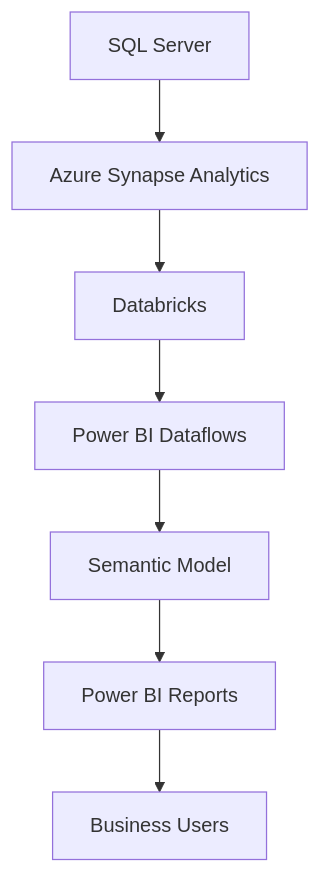
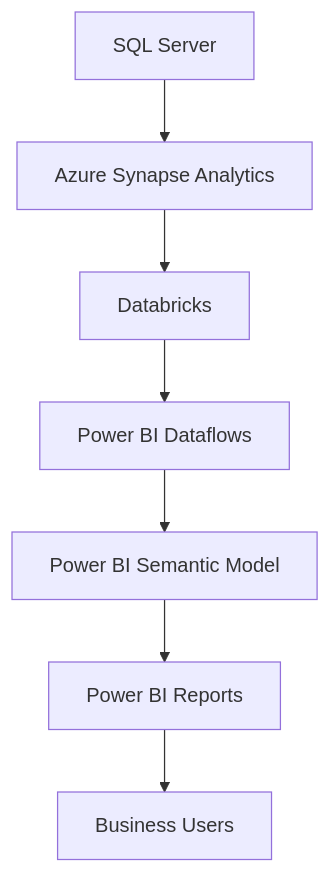
One commit to thienclaa/congenial-octo-projects changed the diagram in Enterprise/Sales Analytics Platform/README.md. Above: the diagram before and after it, drawn with Mermaid. The commit also changed other lines of this file, not shown here.

````diff
--- a/Enterprise/Sales Analytics Platform/README.md
+++ b/Enterprise/Sales Analytics Platform/README.md
@@ -50,9 +41,9 @@
 ```mermaid
 flowchart TD
     A[SQL Server] --> B[Azure Synapse Analytics]
     B --> C[Databricks]
     C --> D[Power BI Dataflows]
-    D --> E[Semantic Model]
+    D --> E[Power BI Semantic Model]
     E --> F[Power BI Reports]
     F --> G[Business Users]
 ```
````
